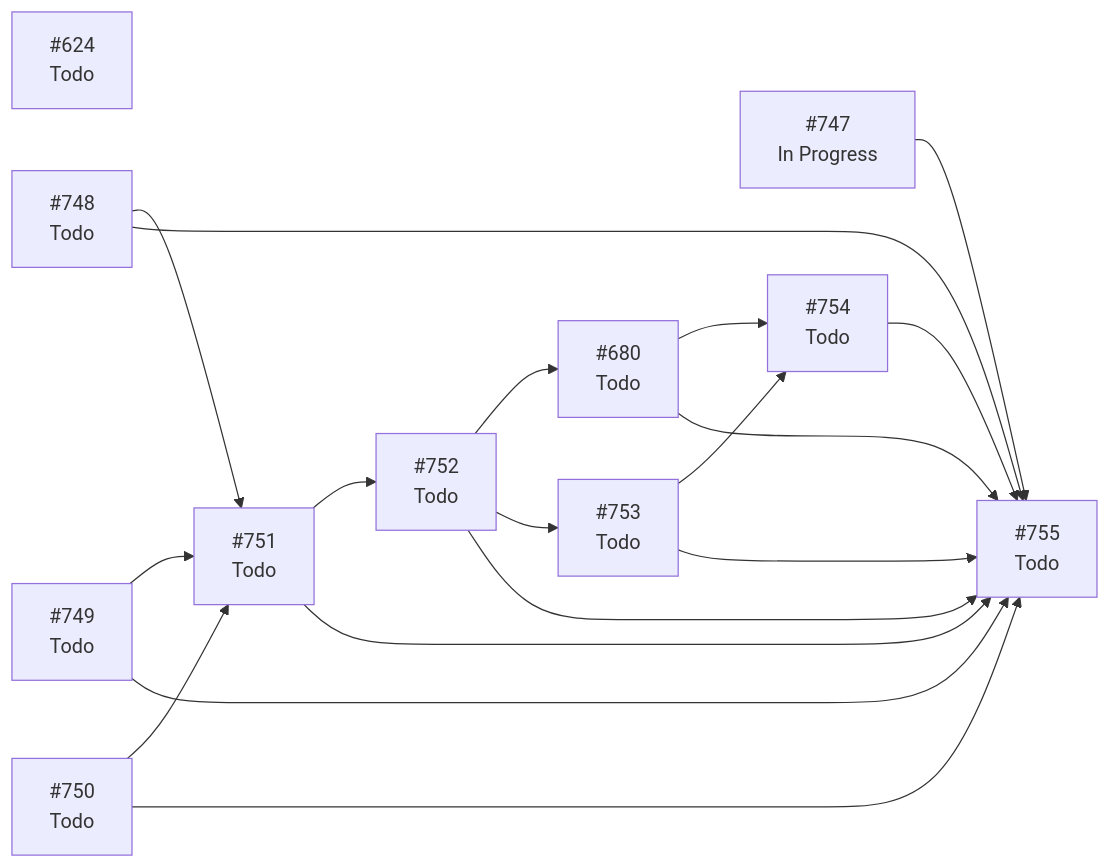
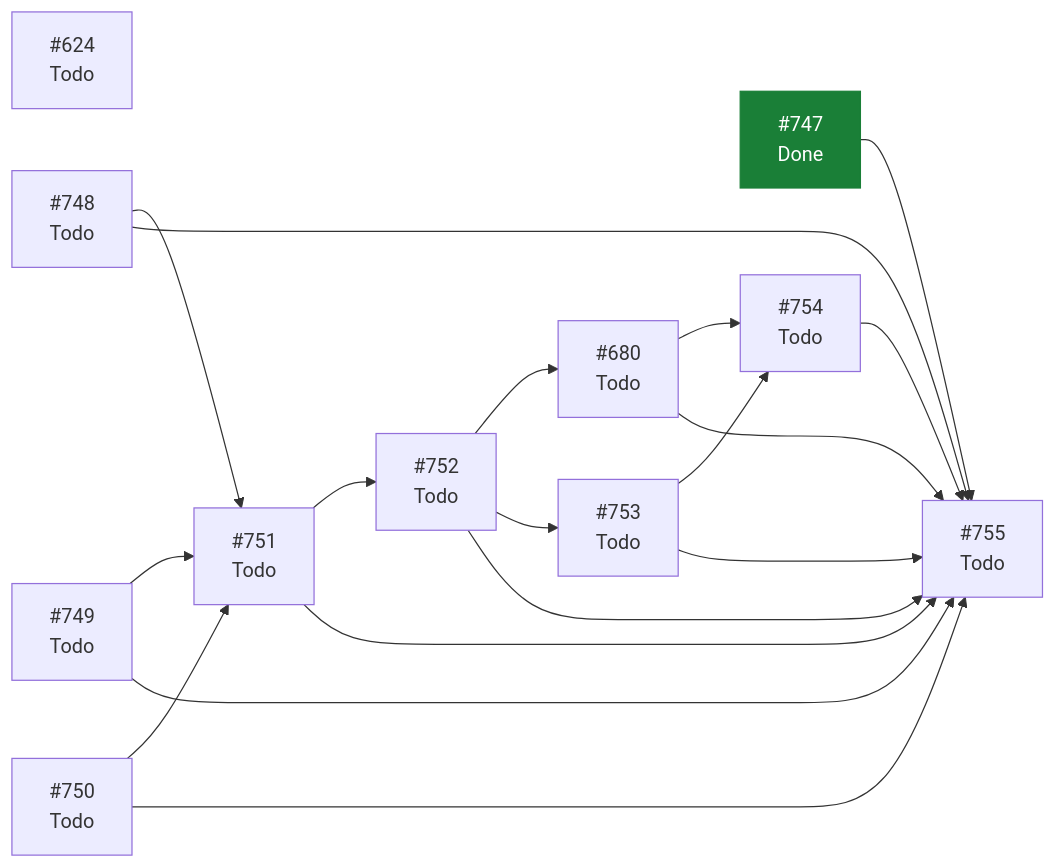
One commit to ecamp0s/evault changed the diagram in docs/planning/STATUS.md. Above: the diagram before and after it, drawn with Mermaid. The commit also changed other lines of this file, not shown here.

````diff
--- a/docs/planning/STATUS.md
+++ b/docs/planning/STATUS.md
@@ -98,32 +97,33 @@
 ```mermaid
 graph LR
   I624["#624<br/>Todo"]
   I680["#680<br/>Todo"]
-  I747["#747<br/>In Progress"]
+  I747["#747<br/>Done"]
   I748["#748<br/>Todo"]
   I749["#749<br/>Todo"]
   I750["#750<br/>Todo"]
   I751["#751<br/>Todo"]
   I752["#752<br/>Todo"]
   I753["#753<br/>Todo"]
   I754["#754<br/>Todo"]
   I755["#755<br/>Todo"]
   I680 --> I754
   I680 --> I755
   I747 --> I755
   I748 --> I751
   I748 --> I755
   I749 --> I751
   I749 --> I755
   I750 --> I751
   I750 --> I755
   I751 --> I752
   I751 --> I755
   I752 --> I680
   I752 --> I753
   I752 --> I755
   I753 --> I754
   I753 --> I755
   I754 --> I755
   classDef hecho fill:#1a7f37,stroke:#1a7f37,color:#fff;
+  class I747 hecho;
 ```
````
